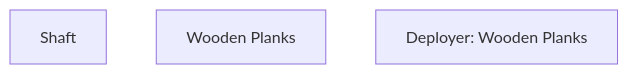
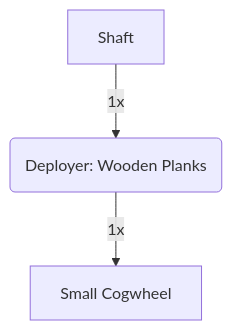
The diagram in content/Recipes/Small Cogwheel.md (AltriusRS/create-docs-2), drawn with Mermaid before and after one commit. The commit also changed 1 other file, not shown here.

Commit message:
vault backup: 2026-09-26 12:49:57 - omen

````diff
--- a/content/Recipes/Small Cogwheel.md
+++ b/content/Recipes/Small Cogwheel.md
@@ -19,6 +19,10 @@
 ```mermaid
 flowchart TD
 	Shaft[Shaft]
-	Planks[Wooden Planks]
-	Deployer[Deployer: Wooden Planks]
+	SmallCog[Small Cogwheel]
+	Deployer(Deployer: Wooden Planks)
+	
+	Shaft --> | 1x | Deployer
+	Deployer --> | 1x | SmallCog
+
 ```
````
